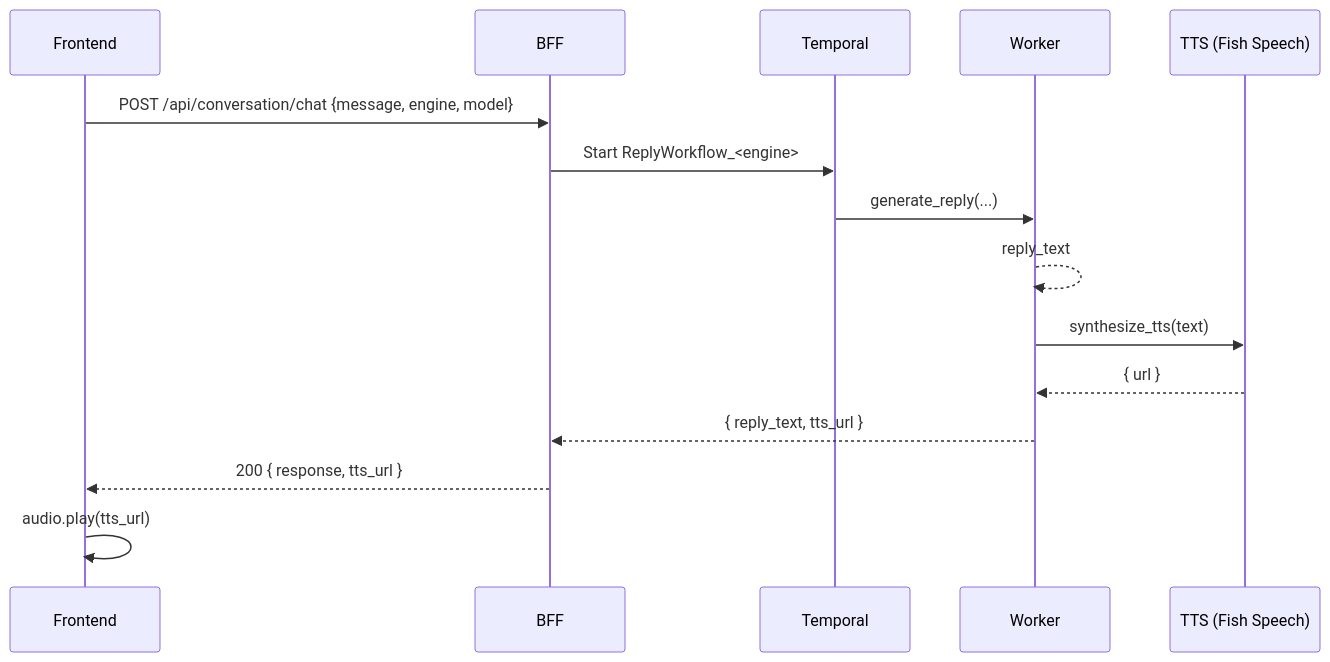
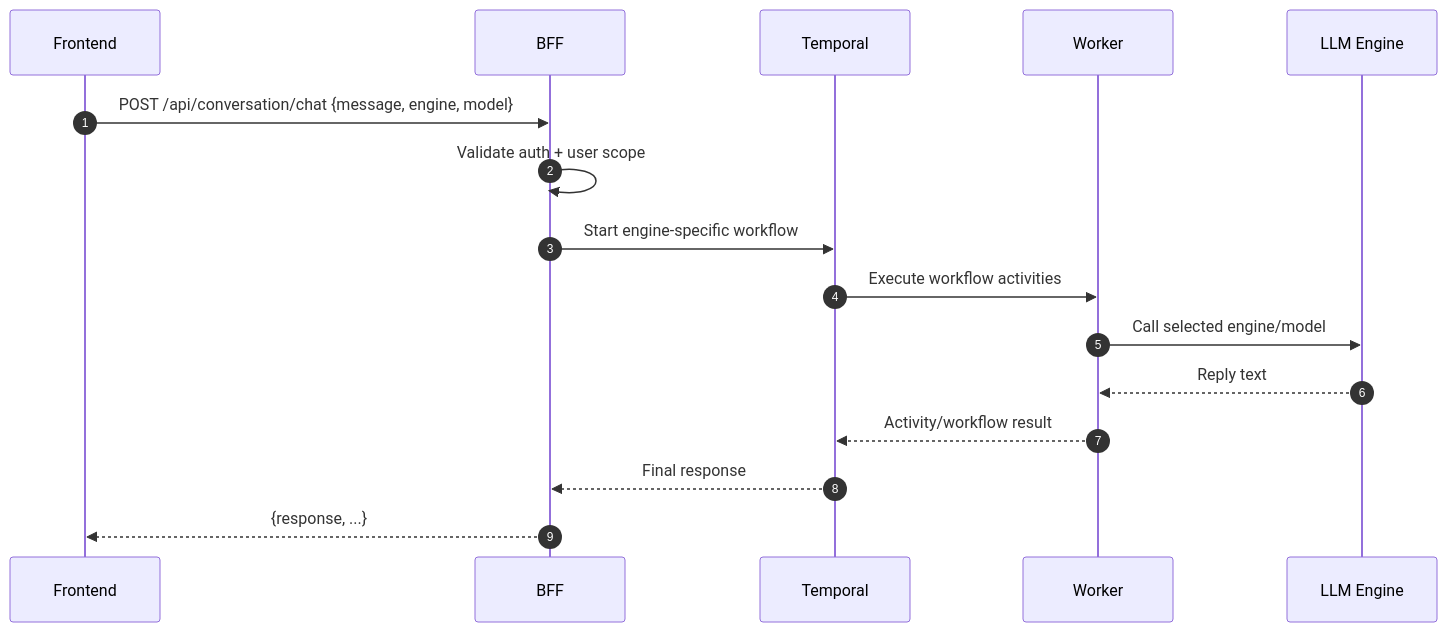
The second of 3 diagrams in docs/architecture-and-dataflow.md (SweetingTech/SwAIvyn), drawn with Mermaid before and after one commit. The commit also changed other lines of this file and 4 other files, not shown here.

Commit message:
docs: refresh deployment, architecture, and external agent guides (#74)

````diff
--- a/docs/architecture-and-dataflow.md
+++ b/docs/architecture-and-dataflow.md
@@ -215,18 +24,19 @@
 ```mermaid
 sequenceDiagram
+  autonumber
   participant FE as Frontend
   participant B as BFF
   participant T as Temporal
   participant W as Worker
-  participant S as TTS (Fish Speech)
+  participant E as LLM Engine
 
   FE->>B: POST /api/conversation/chat {message, engine, model}
-  B->>T: Start ReplyWorkflow_<engine>
-  T->>W: generate_reply(...)
-  W-->>W: reply_text
-  W->>S: synthesize_tts(text)
-  S-->>W: { url }
-  W-->>B: { reply_text, tts_url }
-  B-->>FE: 200 { response, tts_url }
-  FE->>FE: audio.play(tts_url)
+  B->>B: Validate auth + user scope
+  B->>T: Start engine-specific workflow
+  T->>W: Execute workflow activities
+  W->>E: Call selected engine/model
+  E-->>W: Reply text
+  W-->>T: Activity/workflow result
+  T-->>B: Final response
+  B-->>FE: {response, ...}
 ```
````
